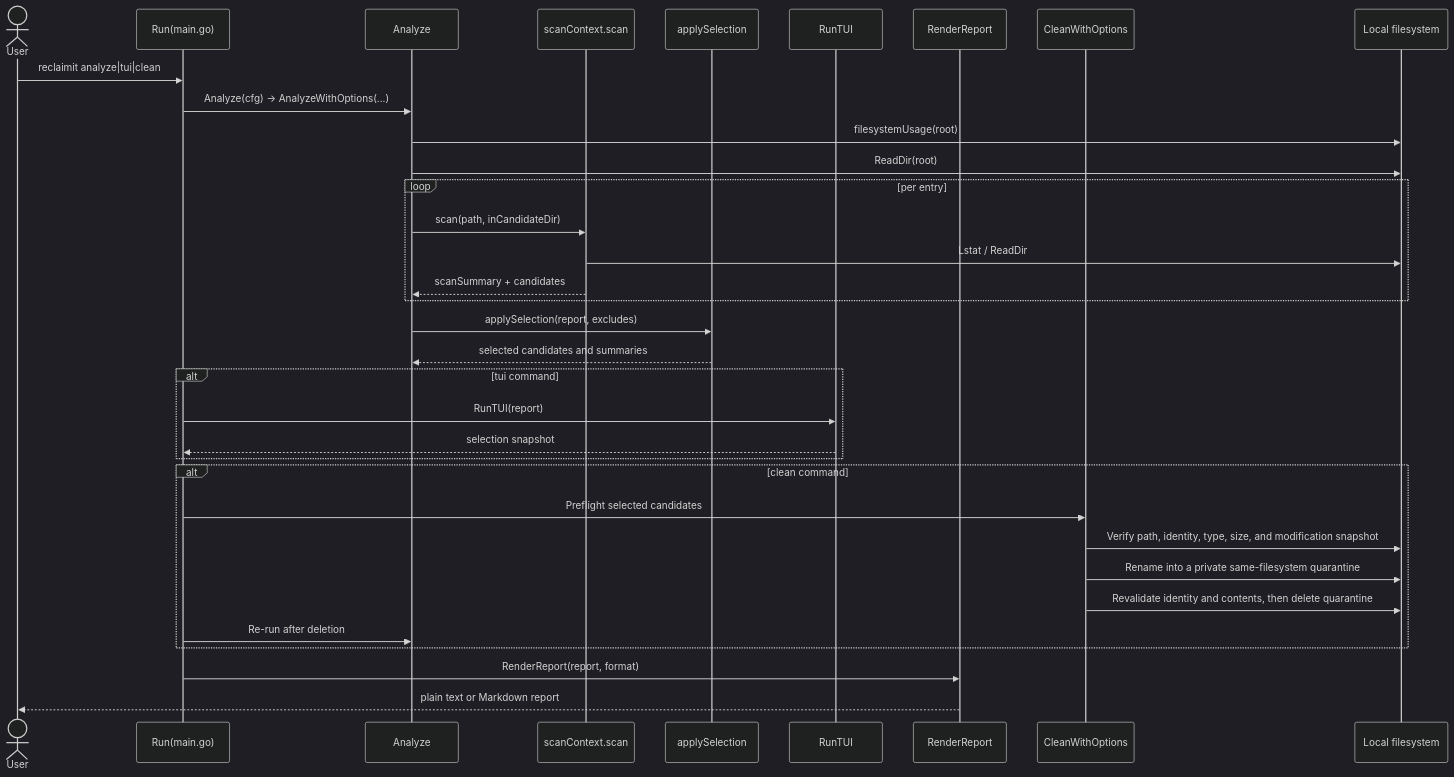
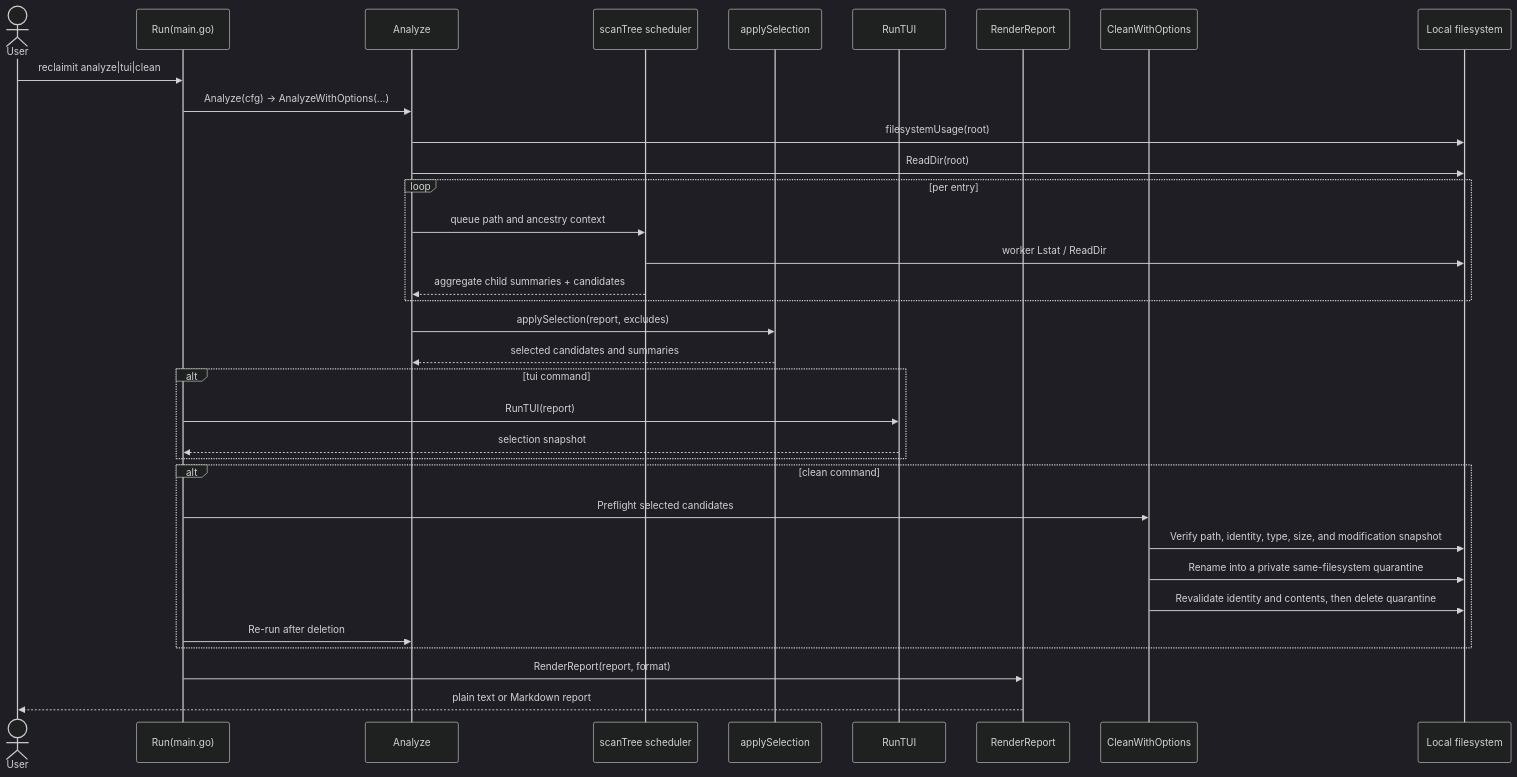
Before and after one commit to svg153/reclaimit: the fifth of 6 diagrams in docs/architecture.md, drawn with Mermaid (dark theme). The commit also changed other lines of this file and 13 other files, not shown here.

````diff
--- a/docs/architecture.md
+++ b/docs/architecture.md
@@ -131,37 +131,37 @@
 ```mermaid
 sequenceDiagram
     actor User
     participant CLI as Run(main.go)
     participant Analyze as Analyze
-    participant Scan as scanContext.scan
+    participant Scan as scanTree scheduler
     participant Select as applySelection
     participant TUI as RunTUI
     participant Render as RenderReport
     participant Clean as CleanWithOptions
     participant FS as Local filesystem
 
     User->>CLI: reclaimit analyze|tui|clean
     CLI->>Analyze: Analyze(cfg) -> AnalyzeWithOptions(...)
     Analyze->>FS: filesystemUsage(root)
     Analyze->>FS: ReadDir(root)
     loop per entry
-        Analyze->>Scan: scan(path, inCandidateDir)
-        Scan->>FS: Lstat / ReadDir
-        Scan-->>Analyze: scanSummary + candidates
+        Analyze->>Scan: queue path and ancestry context
+        Scan->>FS: worker Lstat / ReadDir
+        Scan-->>Analyze: aggregate child summaries + candidates
     end
     Analyze->>Select: applySelection(report, excludes)
     Select-->>Analyze: selected candidates and summaries
     alt tui command
         CLI->>TUI: RunTUI(report)
         TUI-->>CLI: selection snapshot
     end
     alt clean command
         CLI->>Clean: Preflight selected candidates
         Clean->>FS: Verify path, identity, type, size, and modification snapshot
         Clean->>FS: Rename into a private same-filesystem quarantine
         Clean->>FS: Revalidate identity and contents, then delete quarantine
         CLI->>Analyze: Re-run after deletion
     end
     CLI->>Render: RenderReport(report, format)
     Render-->>User: plain text or Markdown report
 ```
````
